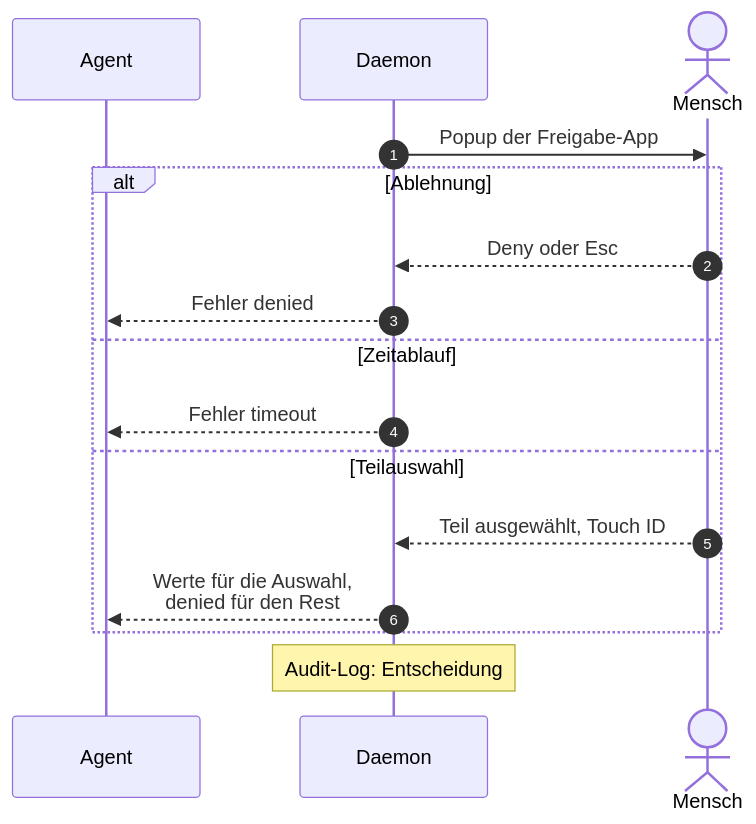
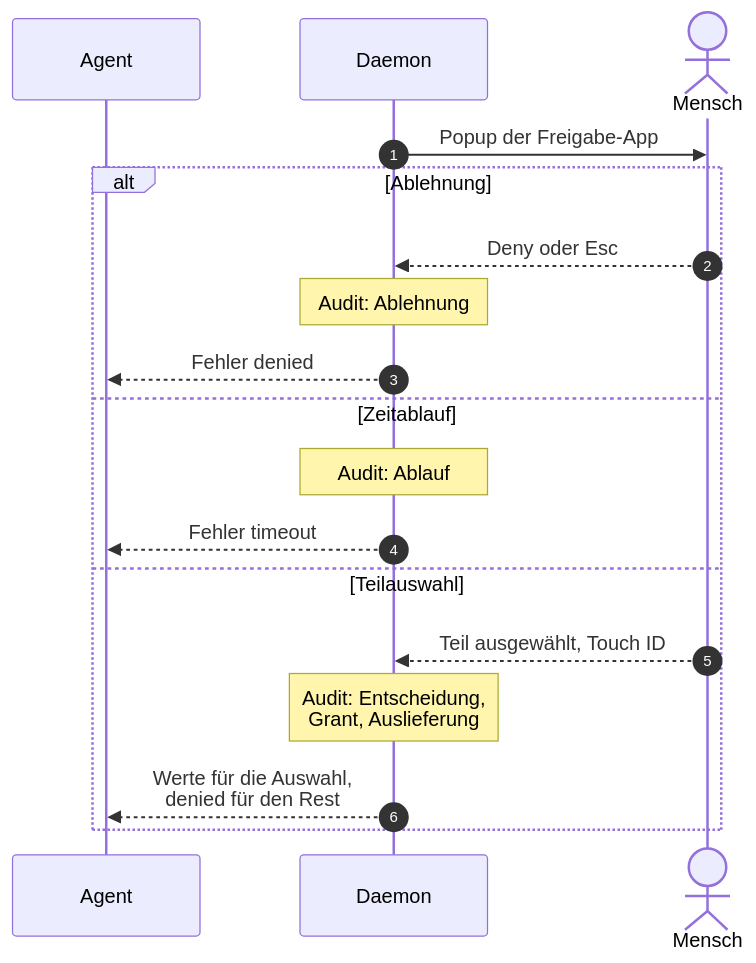
One commit to seletz/passierschein changed the diagram in docs/design/use-cases/UC4_der-mensch-lehnt-eine-anfrage.md. Above: the diagram before and after it, drawn with Mermaid. The commit also changed 15 other files, not shown here.

````diff
--- a/docs/design/use-cases/UC4_der-mensch-lehnt-eine-anfrage.md
+++ b/docs/design/use-cases/UC4_der-mensch-lehnt-eine-anfrage.md
@@ -21,18 +21,20 @@
 ```mermaid
 sequenceDiagram
     autonumber
     participant A as Agent
     participant D as Daemon
     actor H as Mensch
     D->>H: Popup der Freigabe-App
     alt Ablehnung
         H-->>D: Deny oder Esc
+        Note over D: Audit: Ablehnung
         D-->>A: Fehler denied
     else Zeitablauf
+        Note over D: Audit: Ablauf
         D-->>A: Fehler timeout
     else Teilauswahl
         H-->>D: Teil ausgewählt, Touch ID
+        Note over D: Audit: Entscheidung,<br/>Grant, Auslieferung
         D-->>A: Werte für die Auswahl,<br/>denied für den Rest
     end
-    Note over D: Audit-Log: Entscheidung
 ```
````
